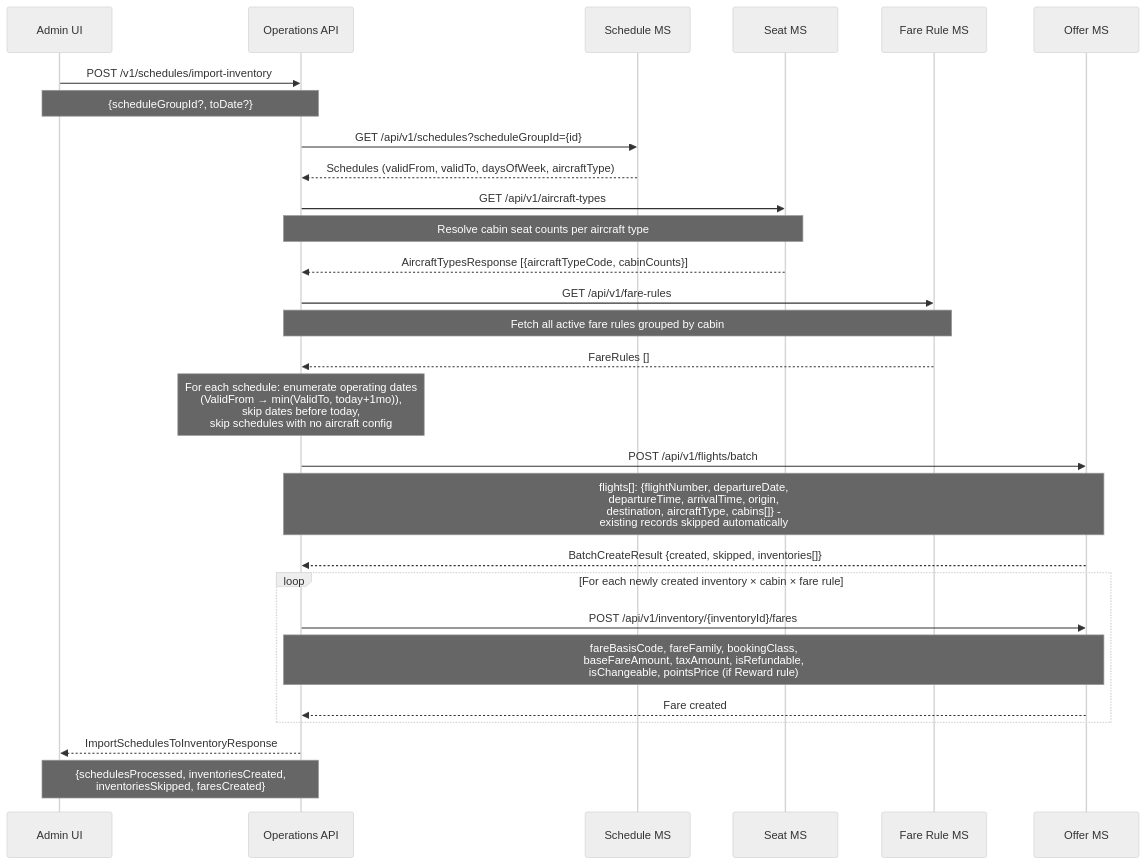
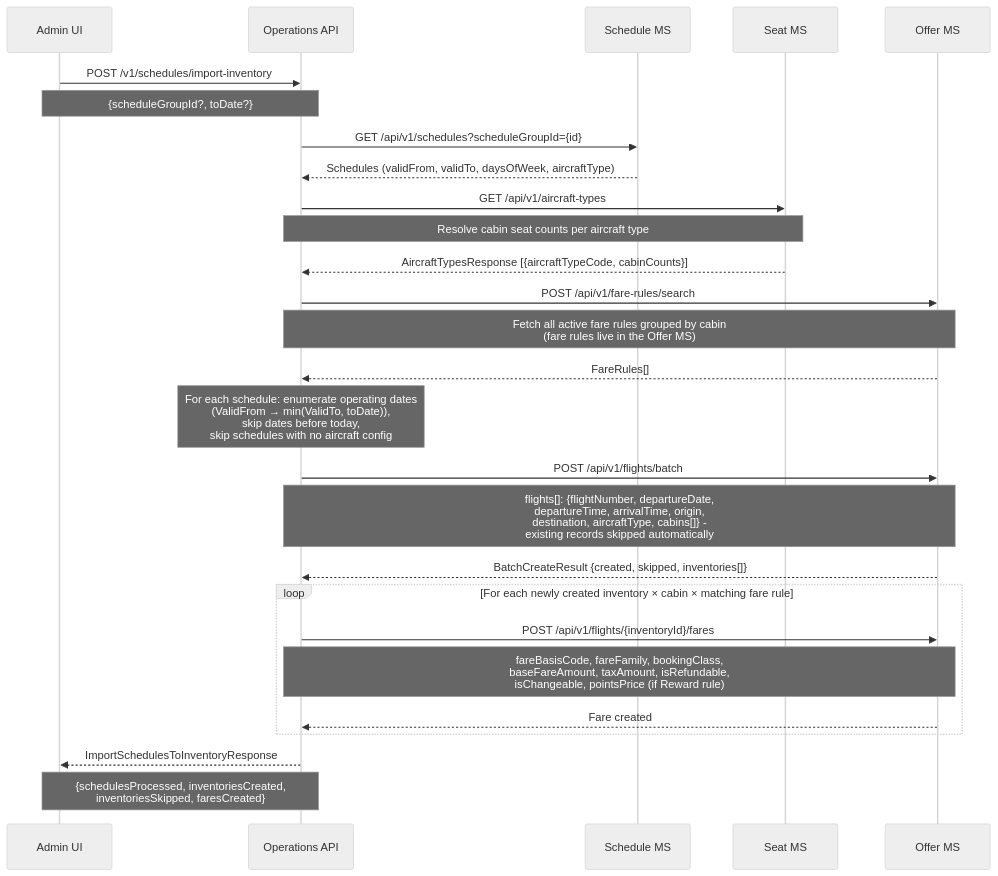
The third of 5 diagrams in documentation/sequences/schedule.md (sebharvey/airline-reservation-system), drawn with Mermaid (neutral theme) before and after one commit. The commit also changed other lines of this file and 11 other files, not shown here.

````diff
--- a/documentation/sequences/schedule.md
+++ b/documentation/sequences/schedule.md
@@ -48,38 +48,37 @@
 ```mermaid
 sequenceDiagram
     participant Terminal as Admin UI
     participant OpsAPI as Operations API
     participant ScheduleMS as Schedule MS
     participant SeatMS as Seat MS
-    participant FareRuleMS as Fare Rule MS
     participant OfferMS as Offer MS
 
     Terminal->>OpsAPI: POST /v1/schedules/import-inventory
     Note over Terminal,OpsAPI: {scheduleGroupId?, toDate?}
 
     OpsAPI->>ScheduleMS: GET /api/v1/schedules?scheduleGroupId={id}
     ScheduleMS-->>OpsAPI: Schedules (validFrom, validTo, daysOfWeek, aircraftType)
 
     OpsAPI->>SeatMS: GET /api/v1/aircraft-types
     Note over OpsAPI,SeatMS: Resolve cabin seat counts per aircraft type
     SeatMS-->>OpsAPI: AircraftTypesResponse [{aircraftTypeCode, cabinCounts}]
 
-    OpsAPI->>FareRuleMS: GET /api/v1/fare-rules
-    Note over OpsAPI,FareRuleMS: Fetch all active fare rules grouped by cabin
-    FareRuleMS-->>OpsAPI: FareRules []
+    OpsAPI->>OfferMS: POST /api/v1/fare-rules/search
+    Note over OpsAPI,OfferMS: Fetch all active fare rules grouped by cabin<br/>(fare rules live in the Offer MS)
+    OfferMS-->>OpsAPI: FareRules[]
 
-    Note over OpsAPI: For each schedule: enumerate operating dates<br/>(ValidFrom → min(ValidTo, today+1mo)),<br/>skip dates before today,<br/>skip schedules with no aircraft config
+    Note over OpsAPI: For each schedule: enumerate operating dates<br/>(ValidFrom → min(ValidTo, toDate)),<br/>skip dates before today,<br/>skip schedules with no aircraft config
 
     OpsAPI->>OfferMS: POST /api/v1/flights/batch
     Note over OpsAPI,OfferMS: flights[]: {flightNumber, departureDate,<br/>departureTime, arrivalTime, origin,<br/>destination, aircraftType, cabins[]} -<br/>existing records skipped automatically
     OfferMS-->>OpsAPI: BatchCreateResult {created, skipped, inventories[]}
 
-    loop For each newly created inventory × cabin × fare rule
-        OpsAPI->>OfferMS: POST /api/v1/inventory/{inventoryId}/fares
+    loop For each newly created inventory × cabin × matching fare rule
+        OpsAPI->>OfferMS: POST /api/v1/flights/{inventoryId}/fares
         Note over OpsAPI,OfferMS: fareBasisCode, fareFamily, bookingClass,<br/>baseFareAmount, taxAmount, isRefundable,<br/>isChangeable, pointsPrice (if Reward rule)
         OfferMS-->>OpsAPI: Fare created
     end
 
     OpsAPI-->>Terminal: ImportSchedulesToInventoryResponse
     Note over OpsAPI,Terminal: {schedulesProcessed, inventoriesCreated,<br/>inventoriesSkipped, faresCreated}
 ```
````
